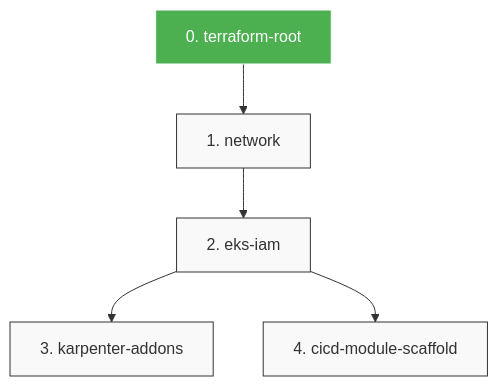
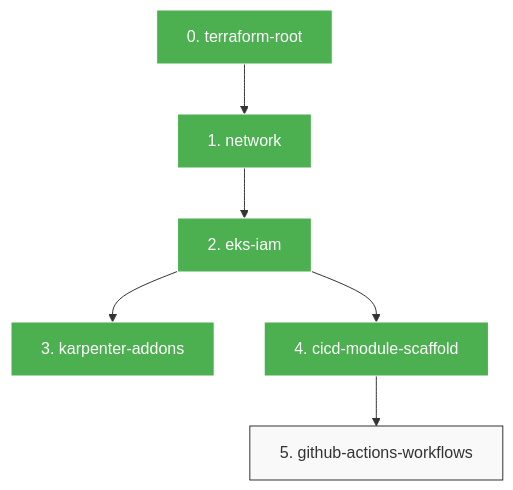
One commit to masondev1024/robot-data-pipeline changed the diagram in phases/0-setup/DAG.md. Above: the diagram before and after it, drawn with Mermaid. The commit also changed 23 other files, not shown here.

Commit message:
feat(0-setup): step 5 — github-actions-workflows

````diff
--- a/phases/0-setup/DAG.md
+++ b/phases/0-setup/DAG.md
@@ -3,21 +3,24 @@
 ```mermaid
 graph TD
   classDef completed fill:#4CAF50,stroke:#fff,color:#fff;
   classDef pending fill:#f9f9f9,stroke:#333;
   classDef error fill:#f44336,stroke:#fff,color:#fff;
   classDef blocked fill:#FF9800,stroke:#fff,color:#fff;
   S0["0. terraform-root"]
   class S0 completed;
   S1["1. network"]
-  class S1 pending;
+  class S1 completed;
   S0 --> S1
   S2["2. eks-iam"]
-  class S2 pending;
+  class S2 completed;
   S1 --> S2
   S3["3. karpenter-addons"]
-  class S3 pending;
+  class S3 completed;
   S2 --> S3
   S4["4. cicd-module-scaffold"]
-  class S4 pending;
+  class S4 completed;
   S2 --> S4
+  S5["5. github-actions-workflows"]
+  class S5 pending;
+  S4 --> S5
 ```
````
